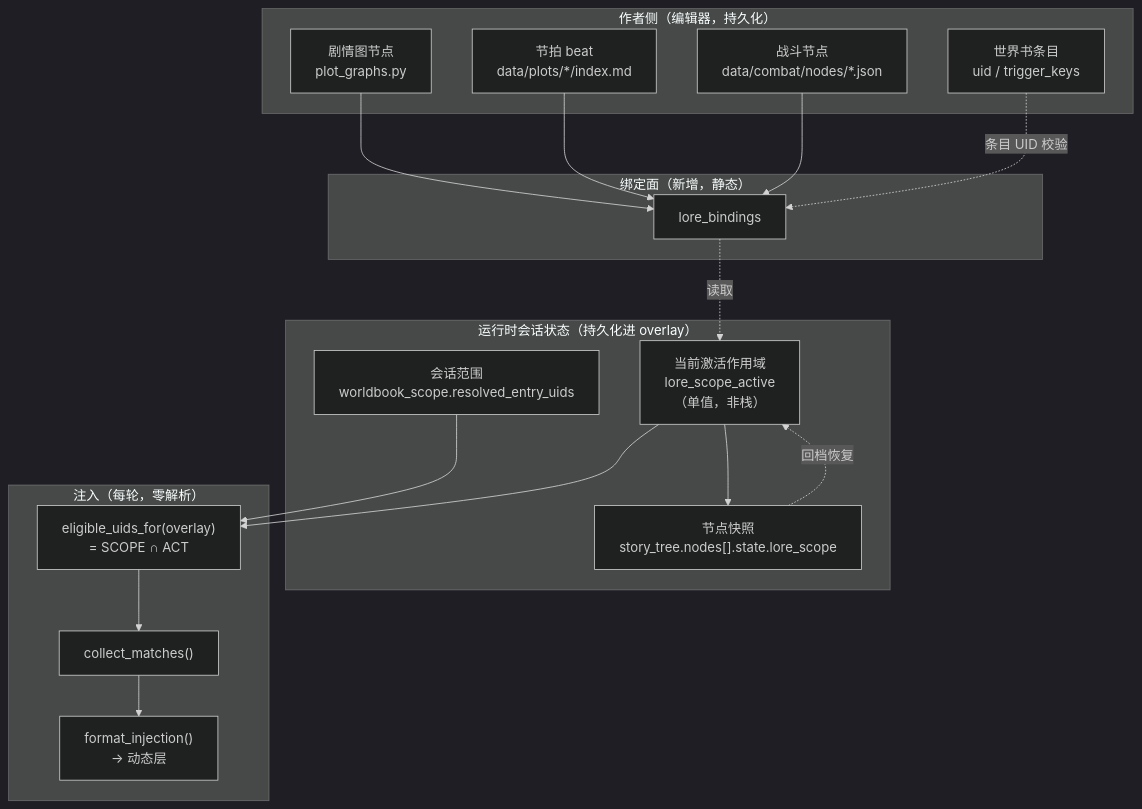
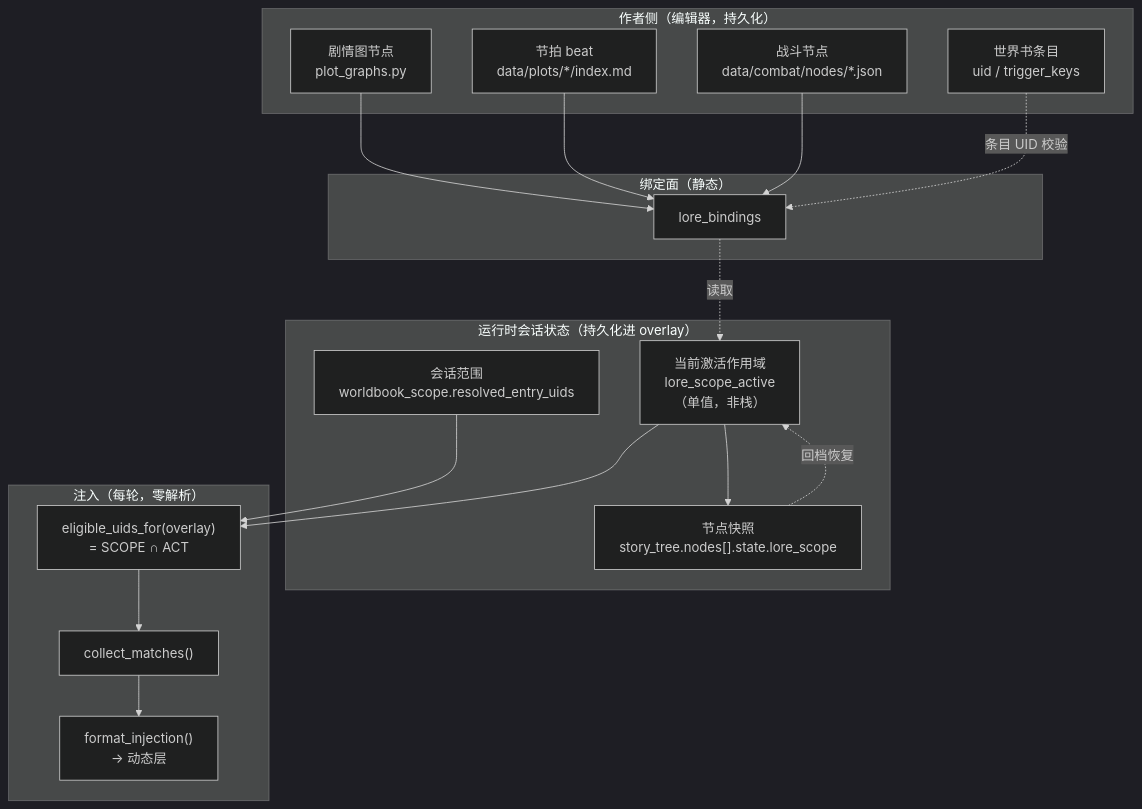
One commit to Areium/ark-tavern changed the diagram in docs/node-scoped-worldbook-loading.md. Above: the diagram before and after it, drawn with Mermaid (dark theme). The commit also changed other lines of this file, not shown here.

````diff
--- a/docs/node-scoped-worldbook-loading.md
+++ b/docs/node-scoped-worldbook-loading.md
@@ -70,36 +57,36 @@
 ```mermaid
 flowchart TD
     subgraph AUTHOR["作者侧（编辑器，持久化）"]
         PG["剧情图节点<br/>plot_graphs.py"]
         BEAT["节拍 beat<br/>data/plots/*/index.md"]
         NODE["战斗节点<br/>data/combat/nodes/*.json"]
         WB["世界书条目<br/>uid / trigger_keys"]
     end
 
-    subgraph BIND["绑定面（新增，静态）"]
+    subgraph BIND["绑定面（静态）"]
         LB["lore_bindings"]
     end
 
     subgraph RUNTIME["运行时会话状态（持久化进 overlay）"]
         SCOPE["会话范围<br/>worldbook_scope.resolved_entry_uids"]
         ACT["当前激活作用域<br/>lore_scope_active<br/>（单值，非栈）"]
         SNAP["节点快照<br/>story_tree.nodes[].state.lore_scope"]
     end
 
     subgraph INJECT["注入（每轮，零解析）"]
         ELIG["eligible_uids_for(overlay)<br/>= SCOPE ∩ ACT"]
         MATCH["collect_matches()"]
         FMT["format_injection()<br/>→ 动态层"]
     end
 
     PG --> LB
     BEAT --> LB
     NODE --> LB
     LB -.读取.-> ACT
     WB -.条目 UID 校验.-> LB
     ACT --> ELIG
     SCOPE --> ELIG
     ACT --> SNAP
     SNAP -.回档恢复.-> ACT
     ELIG --> MATCH --> FMT
 ```
````
